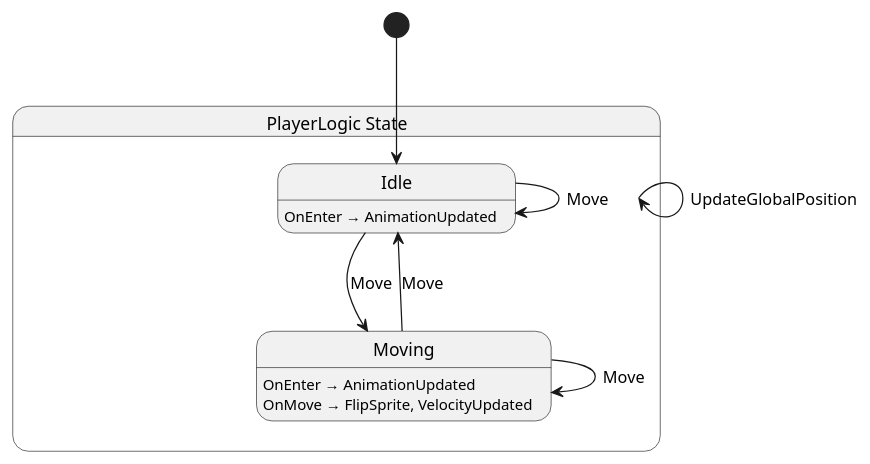
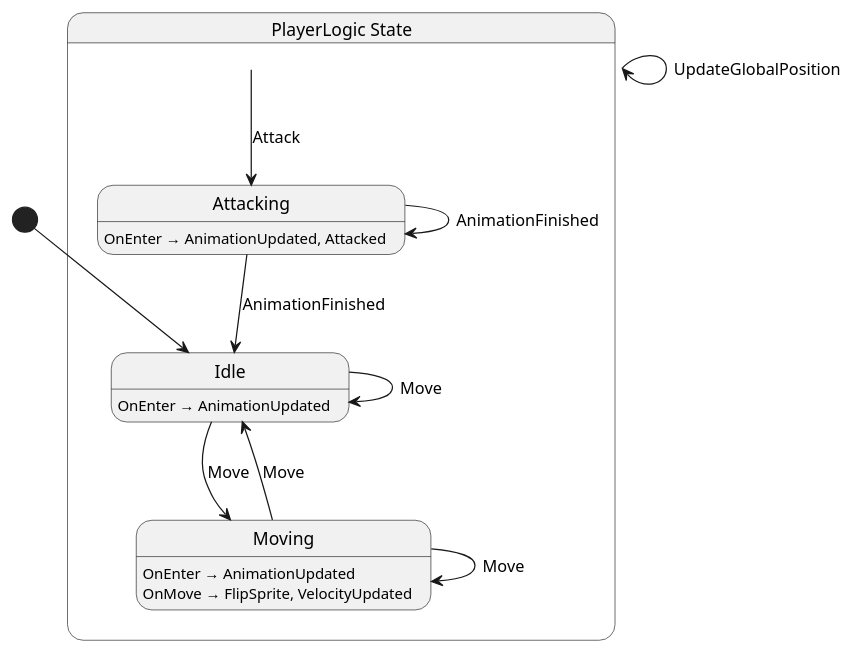
One commit to nilsiker/godot-wild-jam-77 changed the diagram in src/player/state/PlayerLogic.g.puml. Above: the diagram before and after it, drawn with PlantUML. The commit also changed 25 other files, not shown here.

```diff
--- a/src/player/state/PlayerLogic.g.puml
+++ b/src/player/state/PlayerLogic.g.puml
@@ -1,18 +1,23 @@
 @startuml PlayerLogic
 state "PlayerLogic State" as Nevergreen_PlayerLogic_State {
+  state "Attacking" as Nevergreen_PlayerLogic_State_Attacking
   state "Idle" as Nevergreen_PlayerLogic_State_Idle
   state "Moving" as Nevergreen_PlayerLogic_State_Moving
 }
 
 Nevergreen_PlayerLogic_State --> Nevergreen_PlayerLogic_State : UpdateGlobalPosition
+Nevergreen_PlayerLogic_State --> Nevergreen_PlayerLogic_State_Attacking : Attack
+Nevergreen_PlayerLogic_State_Attacking --> Nevergreen_PlayerLogic_State_Attacking : AnimationFinished
+Nevergreen_PlayerLogic_State_Attacking --> Nevergreen_PlayerLogic_State_Idle : AnimationFinished
 Nevergreen_PlayerLogic_State_Idle --> Nevergreen_PlayerLogic_State_Idle : Move
 Nevergreen_PlayerLogic_State_Idle --> Nevergreen_PlayerLogic_State_Moving : Move
 Nevergreen_PlayerLogic_State_Moving --> Nevergreen_PlayerLogic_State_Idle : Move
 Nevergreen_PlayerLogic_State_Moving --> Nevergreen_PlayerLogic_State_Moving : Move
 
+Nevergreen_PlayerLogic_State_Attacking : OnEnter → AnimationUpdated, Attacked
 Nevergreen_PlayerLogic_State_Idle : OnEnter → AnimationUpdated
 Nevergreen_PlayerLogic_State_Moving : OnEnter → AnimationUpdated
 Nevergreen_PlayerLogic_State_Moving : OnMove → FlipSprite, VelocityUpdated
 
 [*] --> Nevergreen_PlayerLogic_State_Idle
 @enduml
```
